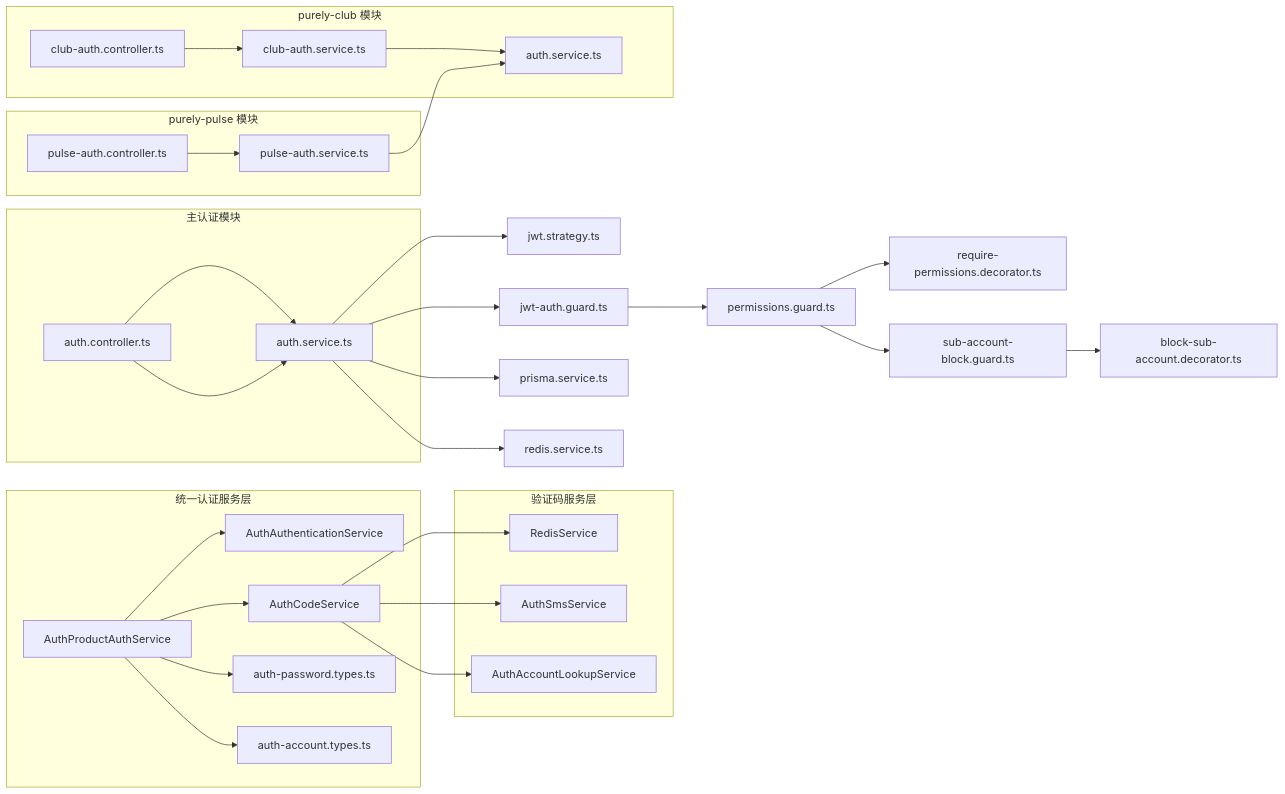
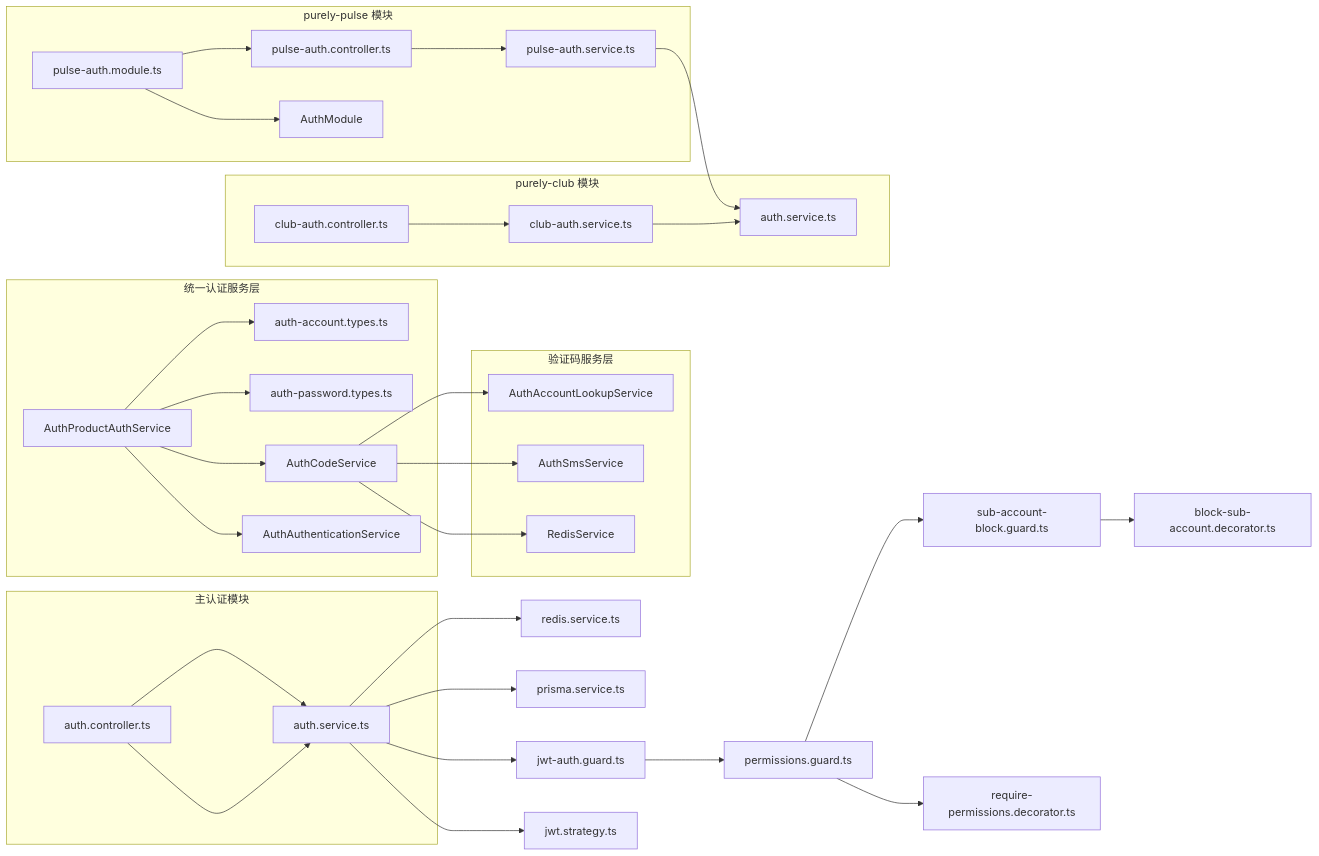
One commit to rc558620/purelyprofit-server changed diagram 12 of 12 in .qoder/repowiki/zh/content/认证授权系统/认证授权系统.md. Above: the diagram before and after it, drawn with Mermaid. The commit also changed other lines of this file and 26 other files, not shown here.

````diff
--- a/.qoder/repowiki/zh/content/认证授权系统/认证授权系统.md
+++ b/.qoder/repowiki/zh/content/认证授权系统/认证授权系统.md
@@ -669,34 +686,35 @@
 ```mermaid
 graph LR
 subgraph "统一认证服务层"
 APAS["AuthProductAuthService"] --> AAS["AuthAuthenticationService"]
 APAS --> ACS["AuthCodeService"]
 APAS --> AST["auth-password.types.ts"]
 APAS --> AAT["auth-account.types.ts"]
 end
 subgraph "验证码服务层"
 ACS --> RS["RedisService"]
 ACS --> ASS["AuthSmsService"]
 ACS --> AALS["AuthAccountLookupService"]
 end
 subgraph "purely-club 模块"
 CCtrl["club-auth.controller.ts"] --> CSvc["club-auth.service.ts"]
 CSvc --> MainSvc["auth.service.ts"]
 end
 subgraph "purely-pulse 模块"
-PCtrl["pulse-auth.controller.ts"] --> PSvc["pulse-auth.service.ts"]
+PAM["pulse-auth.module.ts"] --> AM["AuthModule"]
+PAM --> PCtrl["pulse-auth.controller.ts"] --> PSvc["pulse-auth.service.ts"]
 PSvc --> MainSvc
 end
 subgraph "主认证模块"
 Ctrl["auth.controller.ts"] --> Svc["auth.service.ts"]
 end
 Ctrl --> Svc
 Svc --> Strat["jwt.strategy.ts"]
 Svc --> Guard["jwt-auth.guard.ts"]
 Guard --> PermGuard["permissions.guard.ts"]
 PermGuard --> Decor["require-permissions.decorator.ts"]
 PermGuard --> SubGuard["sub-account-block.guard.ts"]
 SubGuard --> SubDecor["block-sub-account.decorator.ts"]
 Svc --> Prisma["prisma.service.ts"]
 Svc --> Redis["redis.service.ts"]
 ```
````
